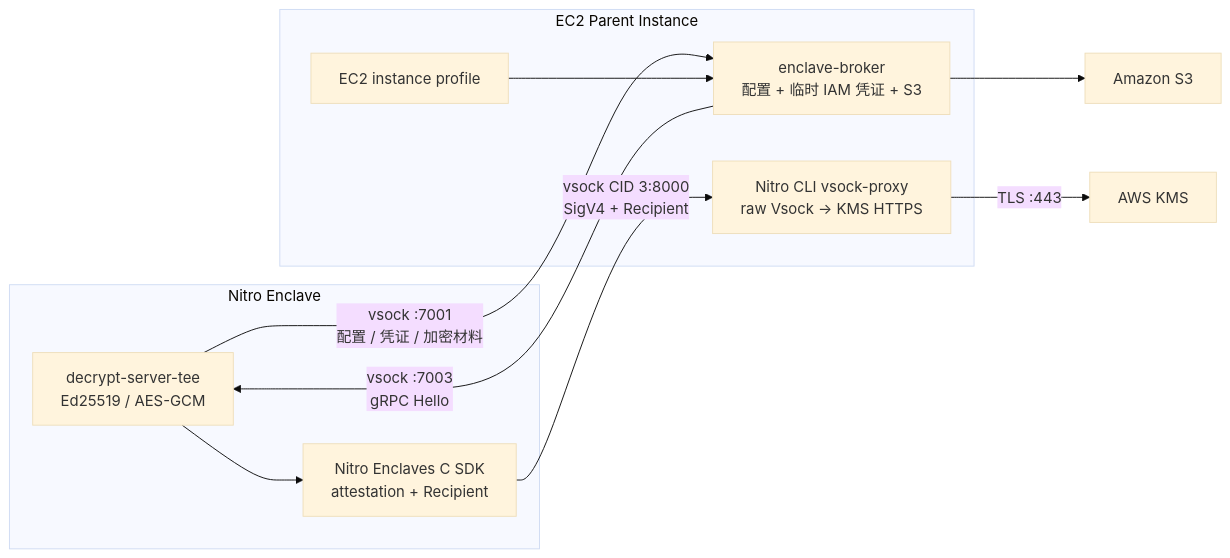
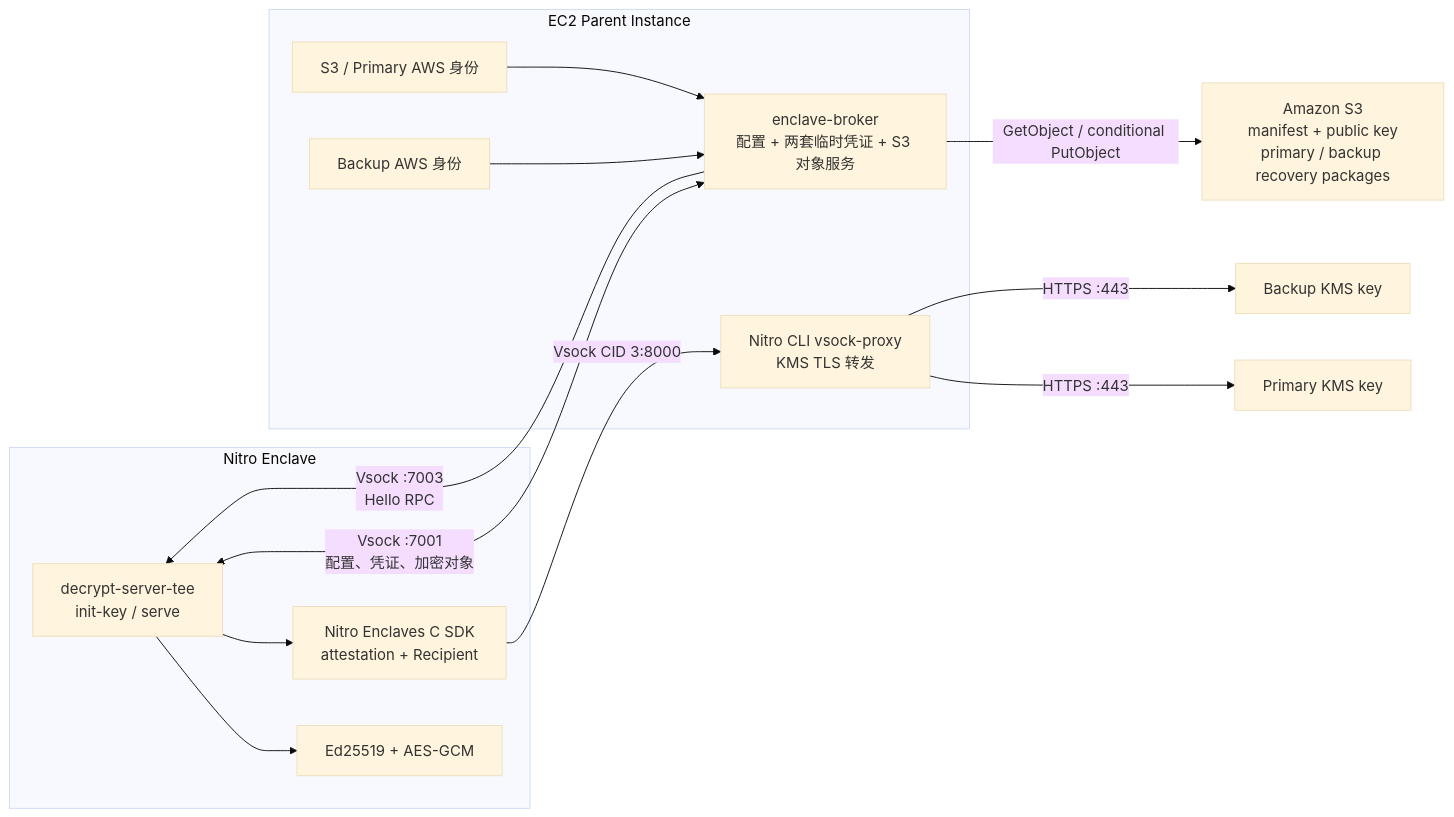
Before and after one commit to xudean/aws-kms-demo: the diagram in README.md, drawn with Mermaid (base theme). The commit also changed other lines of this file and 11 other files, not shown here.

Commit message:
feat: add explicit dual-KMS key initialization

````diff
--- a/README.md
+++ b/README.md
@@ -17,22 +20,32 @@
 ```mermaid
 flowchart LR
     subgraph Enclave["Nitro Enclave"]
-        App["decrypt-server-tee\nEd25519 / AES-GCM"]
-        NitroSDK["Nitro Enclaves C SDK\nattestation + Recipient"]
+        App["decrypt-server-tee<br/>init-key / serve"]
+        Crypto["Ed25519 + AES-GCM"]
+        NitroSDK["Nitro Enclaves C SDK<br/>attestation + Recipient"]
+        App --> Crypto
+        App --> NitroSDK
     end
 
     subgraph Parent["EC2 Parent Instance"]
-        Broker["enclave-broker\n配置 + 临时 IAM 凭证 + S3"]
-        KMSProxy["Nitro CLI vsock-proxy\nraw Vsock → KMS HTTPS"]
-        Role["EC2 instance profile"]
+        Broker["enclave-broker<br/>配置 + 两套临时凭证 + S3 对象服务"]
+        KMSProxy["Nitro CLI vsock-proxy<br/>KMS TLS 转发"]
+        ParentIdentity["S3 / Primary AWS 身份"]
+        BackupIdentity["Backup AWS 身份"]
     end
 
-    App -->|"vsock :7001\n配置 / 凭证 / 加密材料"| Broker
-    Broker -->|"vsock :7003\ngRPC Hello"| App
-    Broker --> S3["Amazon S3"]
+    S3["Amazon S3<br/>manifest + public key<br/>primary / backup recovery packages"]
+    KMSPrimary["Primary KMS key"]
+    KMSBackup["Backup KMS key"]
 
-    App --> NitroSDK
-    NitroSDK -->|"vsock CID 3:8000\nSigV4 + Recipient"| KMSProxy
-    KMSProxy -->|"TLS :443"| KMS["AWS KMS"]
-    Role --> Broker
+    App <-->|"Vsock :7001<br/>配置、凭证、加密对象"| Broker
+    Broker -->|"GetObject / conditional PutObject"| S3
+    ParentIdentity --> Broker
+    BackupIdentity --> Broker
+
+    NitroSDK -->|"Vsock CID 3:8000"| KMSProxy
+    KMSProxy -->|"HTTPS :443"| KMSPrimary
+    KMSProxy -->|"HTTPS :443"| KMSBackup
+
+    Broker -->|"Vsock :7003<br/>Hello RPC"| App
 ```
````
